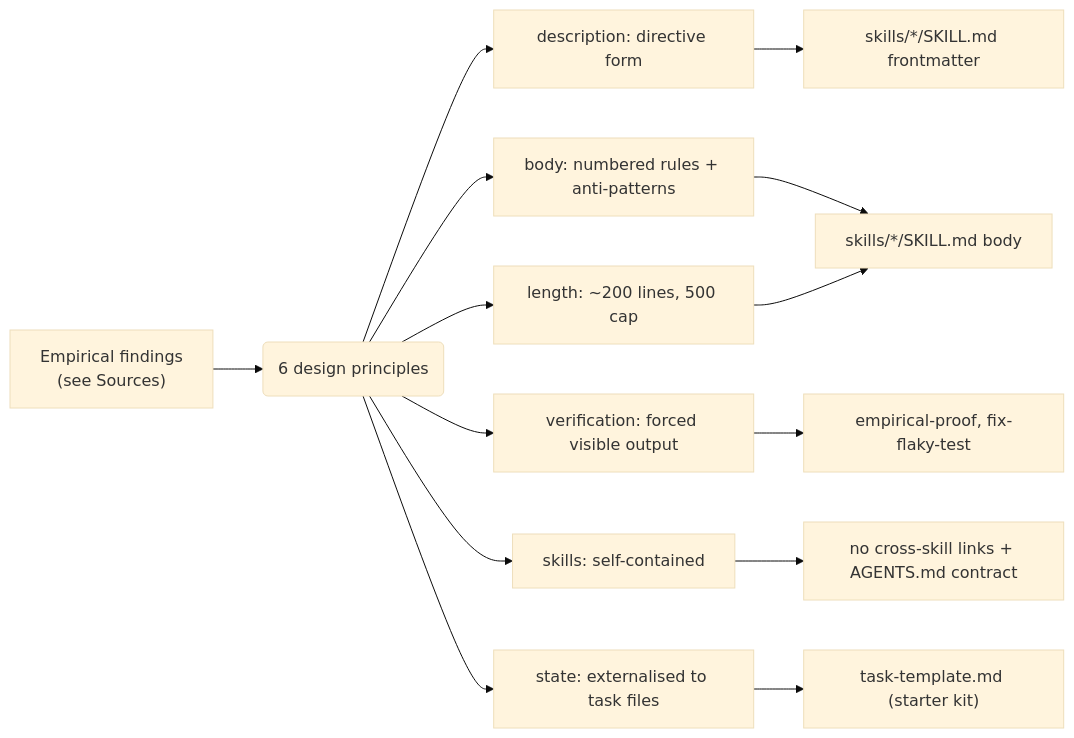
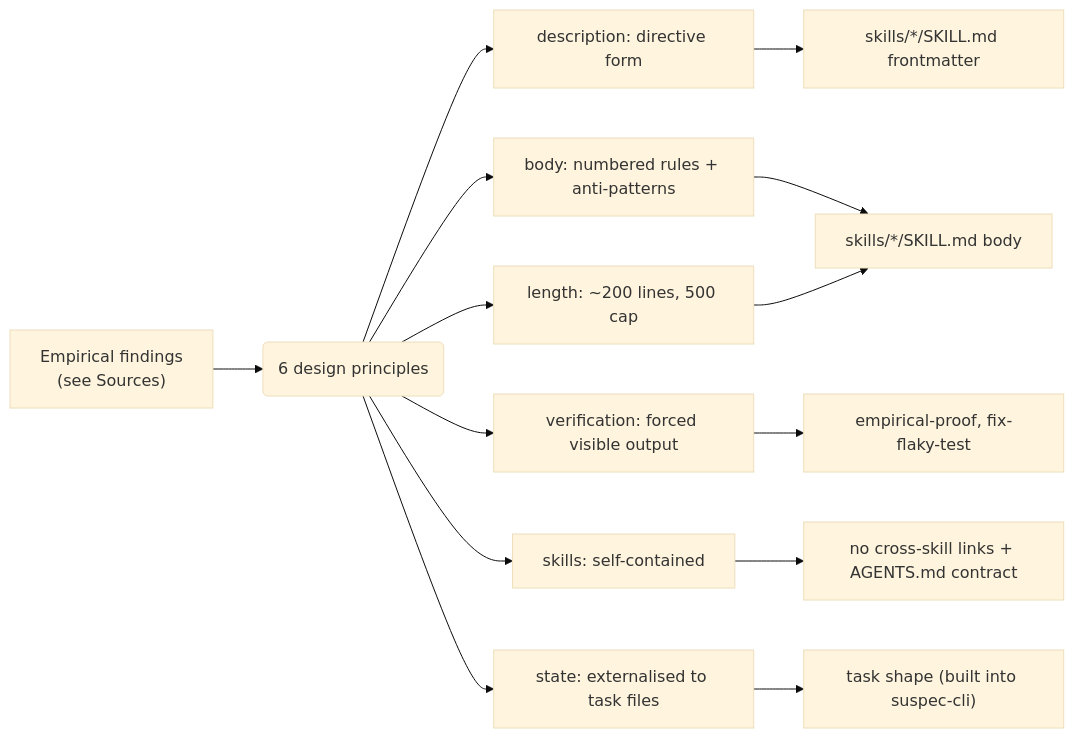
Before and after one commit to jcosta33/suspec-skills: the diagram in docs/README.md, drawn with Mermaid (base theme). The commit also changed 7 other files, not shown here.

First line of the commit message:
docs: drop the retired starter kit from the adoption story

````diff
--- a/docs/README.md
+++ b/docs/README.md
@@ -40,16 +40,16 @@
 ```mermaid
 flowchart LR
     A["Empirical findings<br/>(see Sources)"] --> B("6 design principles")
     B --> C1["description: directive form"]
     B --> C2["body: numbered rules + anti-patterns"]
     B --> C3["length: ~200 lines, 500 cap"]
     B --> C4["verification: forced visible output"]
     B --> C5["skills: self-contained"]
     B --> C6["state: externalised to task files"]
     C1 --> D1["skills/*/SKILL.md frontmatter"]
     C2 --> D2["skills/*/SKILL.md body"]
     C3 --> D2
     C4 --> D3["empirical-proof, fix-flaky-test"]
     C5 --> D4["no cross-skill links + AGENTS.md contract"]
-    C6 --> D5["task-template.md (starter kit)"]
+    C6 --> D5["task shape (built into suspec-cli)"]
 ```
````
